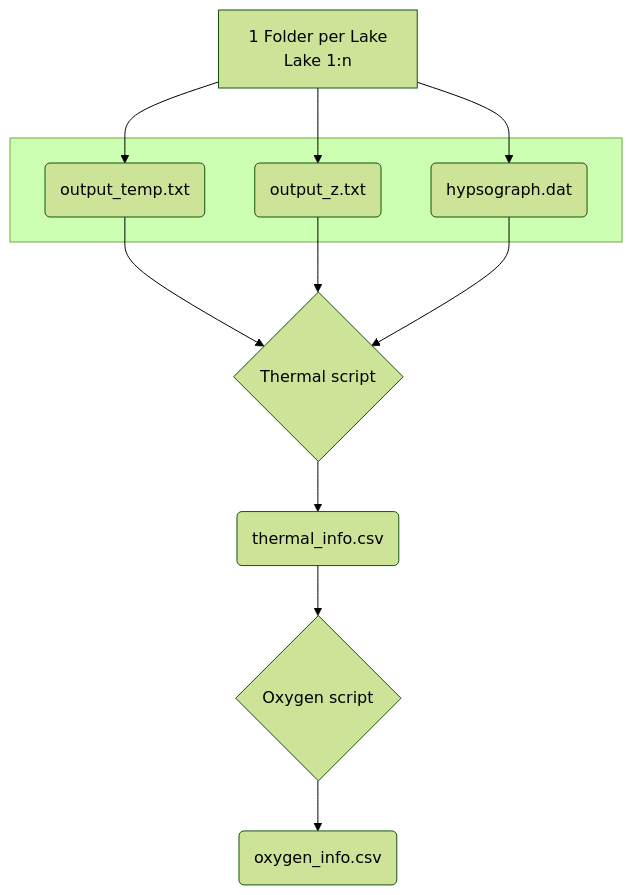
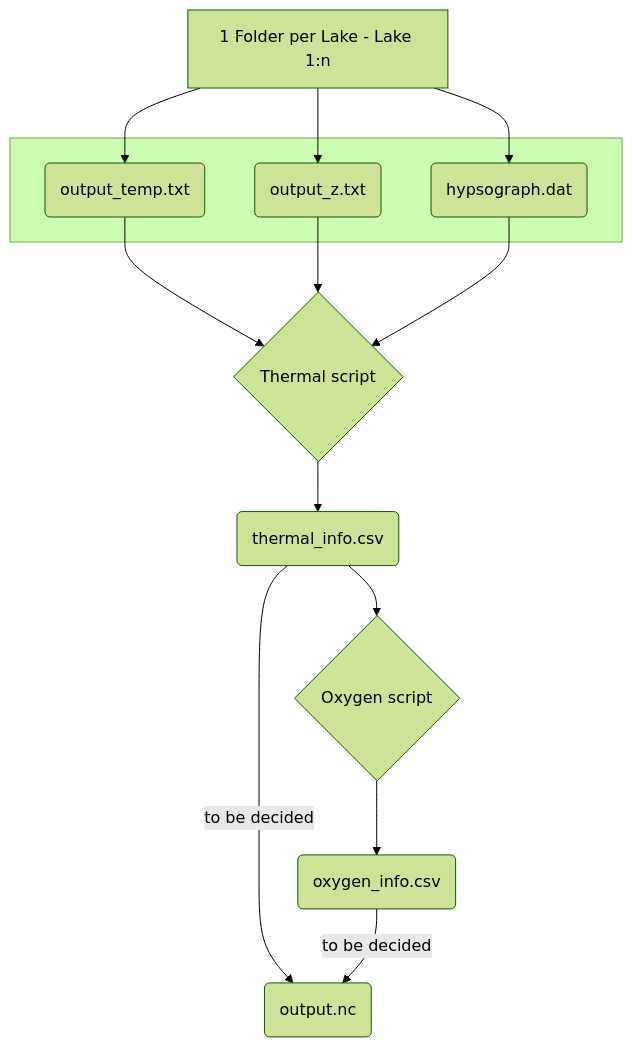
Before and after one commit to tekknosol/EezyPeezyISIOxy: the diagram in README.md, drawn with Mermaid (forest theme).

Commit message:
add final netcdf to mermaid workflow

````diff
--- a/README.md
+++ b/README.md
@@ -16,16 +16,18 @@
 ```mermaid
 graph TD
-    A[1 Folder per Lake\nLake 1:n] --> B(output_temp.txt)
+    A[1 Folder per Lake - Lake 1:n] --> B(output_temp.txt)
     A --> C(output_z.txt)
     A --> D(hypsograph.dat)
     subgraph ide1 [" "]
     B & C & D
     end
     B --> E{Thermal script}
     C --> E
     D --> E
     E --> F(thermal_info.csv)
     F --> G{Oxygen script}
     G --> H(oxygen_info.csv)
+    F --to be decided--> I(output.nc)
+    H --to be decided--> I
 
 ```
````
